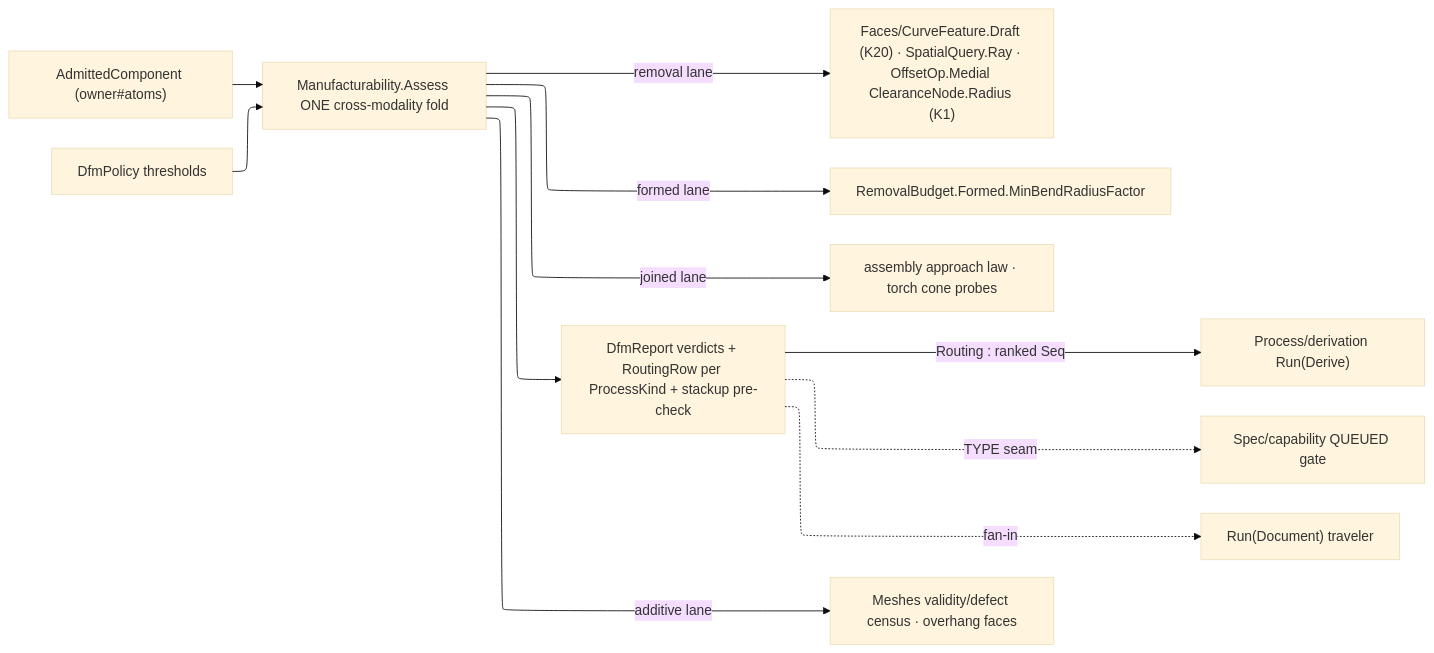
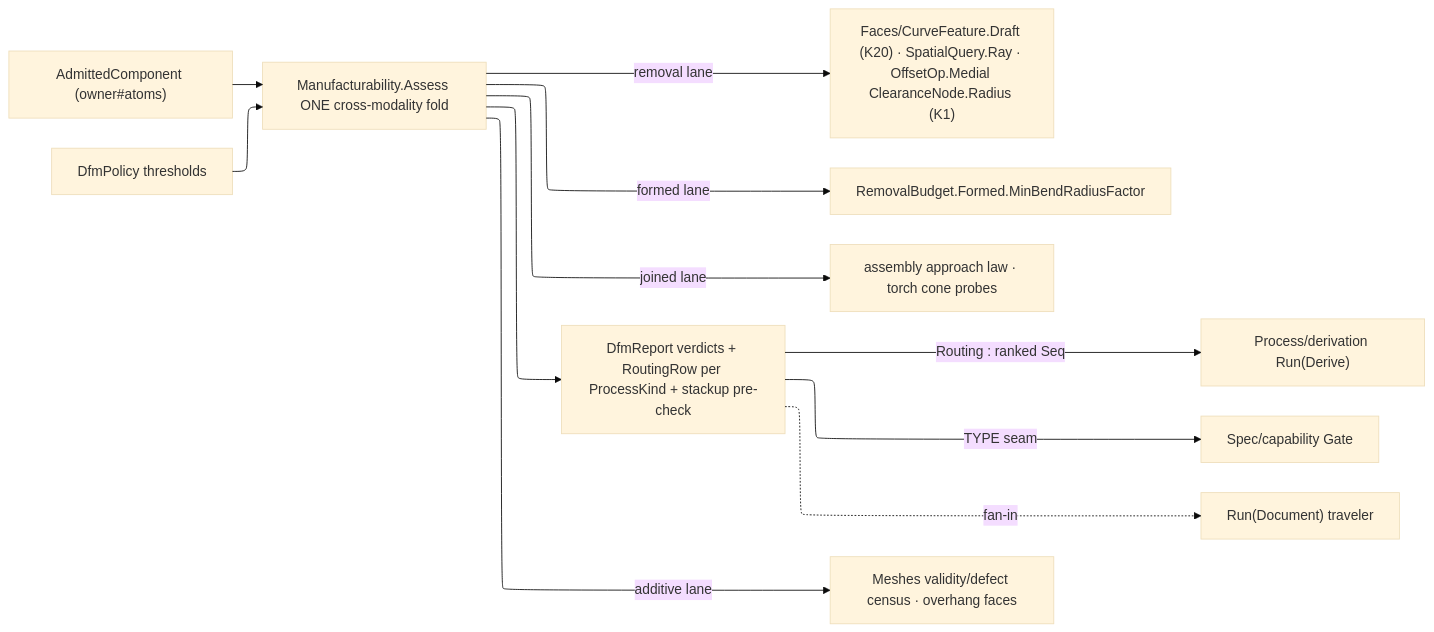
The diagram in libs/csharp/Rasm.Fabrication/.planning/Spec/manufacturability.md (bsamiee/Rasm), drawn with Mermaid before and after one commit. The commit also changed other lines of this file and 181 other files, not shown here.

````diff
--- a/libs/csharp/Rasm.Fabrication/.planning/Spec/manufacturability.md
+++ b/libs/csharp/Rasm.Fabrication/.planning/Spec/manufacturability.md
@@ -186,18 +323,18 @@
 ```mermaid
 ---
 config:
   layout: elk
   theme: base
 ---
 flowchart LR
     Component["AdmittedComponent (owner#atoms)"] --> Assess["Manufacturability.Assess ONE cross-modality fold"]
     Policy["DfmPolicy thresholds"] --> Assess
     Assess -->|removal lane| Kernel["Faces/CurveFeature.Draft (K20) · SpatialQuery.Ray · OffsetOp.Medial ClearanceNode.Radius (K1)"]
     Assess -->|formed lane| Physics["RemovalBudget.Formed.MinBendRadiusFactor"]
     Assess -->|joined lane| Approach["assembly approach law · torch cone probes"]
     Assess -->|additive lane| Census["Meshes validity/defect census · overhang faces"]
     Assess --> Report["DfmReport verdicts + RoutingRow per ProcessKind + stackup pre-check"]
     Report -->|"Routing : ranked Seq<ProcessKind>"| Derive["Process/derivation Run(Derive)"]
-    Report -.->|TYPE seam| Capability["Spec/capability QUEUED gate"]
+    Report -->|TYPE seam| Capability["Spec/capability Gate"]
     Report -.->|fan-in| Traveler["Run(Document) traveler"]
 ```
````
